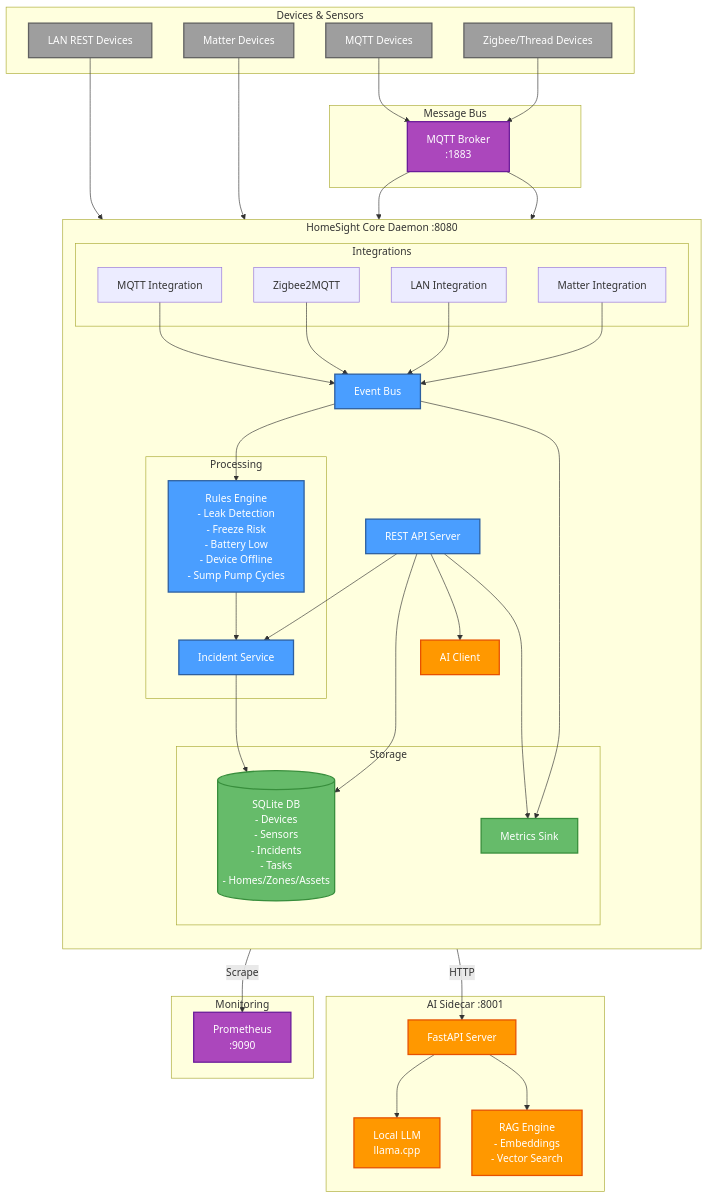
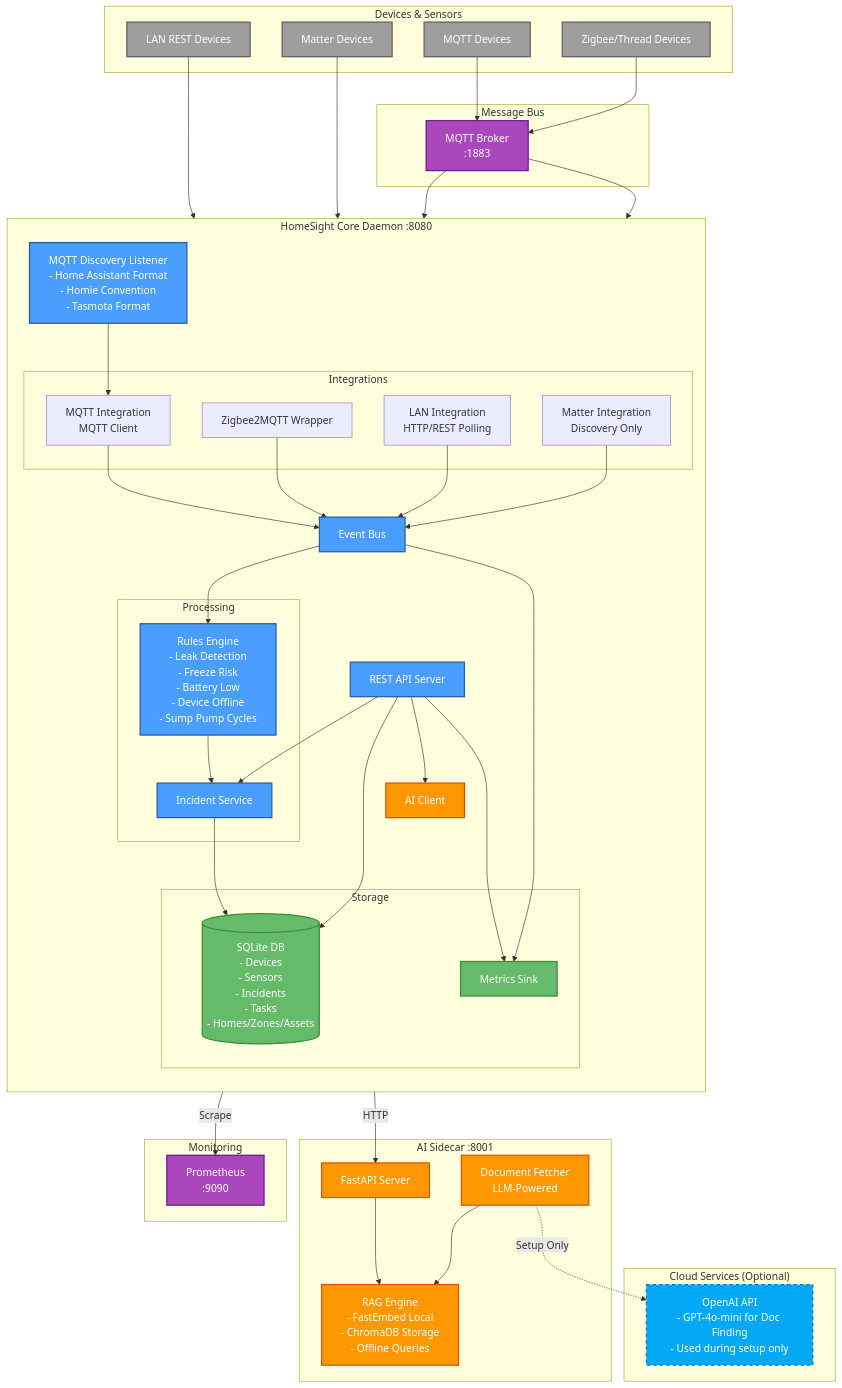
One commit to jbetancur/homesight changed the diagram in README.md. Above: the diagram before and after it, drawn with Mermaid. The commit also changed other lines of this file and 31 other files, not shown here.

Commit message:
remove mqtt server | add auto discovery

````diff
--- a/README.md
+++ b/README.md
@@ -204,12 +280,13 @@
         direction TB
         API[REST API Server]
         EVENTS[Event Bus]
+        DISCOVERY[MQTT Discovery Listener<br/>- Home Assistant Format<br/>- Homie Convention<br/>- Tasmota Format]
         
         subgraph "Integrations"
-            INT_MQTT[MQTT Integration]
-            INT_ZIGBEE[Zigbee2MQTT]
-            INT_LAN[LAN Integration]
-            INT_MATTER[Matter Integration]
+            INT_MQTT[MQTT Integration<br/>MQTT Client]
+            INT_ZIGBEE[Zigbee2MQTT Wrapper]
+            INT_LAN[LAN Integration<br/>HTTP/REST Polling]
+            INT_MATTER[Matter Integration<br/>Discovery Only]
         end
         
         subgraph "Processing"
@@ -227,8 +304,12 @@
 
     subgraph "AI Sidecar :8001"
         AI_API[FastAPI Server]
-        LLM[Local LLM<br/>llama.cpp]
-        RAG[RAG Engine<br/>- Embeddings<br/>- Vector Search]
+        DOC_FETCH[Document Fetcher<br/>LLM-Powered]
+        RAG[RAG Engine<br/>- FastEmbed Local<br/>- ChromaDB Storage<br/>- Offline Queries]
+    end
+    
+    subgraph "Cloud Services (Optional)"
+        OPENAI[OpenAI API<br/>- GPT-4o-mini for Doc Finding<br/>- Used during setup only]
     end
 
     subgraph "Monitoring"
@@ -244,6 +325,7 @@
     %% Integration connections
     MOSQUITTO --> INT_MQTT
     MOSQUITTO --> INT_ZIGBEE
+    DISCOVERY --> INT_MQTT
     INT_MQTT --> EVENTS
     INT_ZIGBEE --> EVENTS
     INT_LAN --> EVENTS
@@ -263,8 +345,9 @@
     
     %% AI connections
     AI_CLIENT -->|HTTP| AI_API
-    AI_API --> LLM
     AI_API --> RAG
+    DOC_FETCH -.->|Setup Only| OPENAI
+    DOC_FETCH --> RAG
     
     %% Metrics
     METRICS -->|Scrape| PROM
@@ -275,10 +358,12 @@
     classDef ai fill:#ff9800,stroke:#e65100,stroke-width:2px,color:#fff
     classDef device fill:#9e9e9e,stroke:#616161,stroke-width:2px,color:#fff
     classDef bus fill:#ab47bc,stroke:#6a1b9a,stroke-width:2px,color:#fff
+    classDef cloud fill:#03a9f4,stroke:#0277bd,stroke-width:2px,stroke-dasharray: 5 5,color:#fff
     
-    class API,EVENTS,RULES,INCIDENTS core
+    class API,EVENTS,RULES,INCIDENTS,DISCOVERY core
     class DB,METRICS storage
-    class AI_API,LLM,RAG,AI_CLIENT ai
+    class AI_API,RAG,DOC_FETCH,AI_CLIENT ai
     class MQTT_DEV,ZIGBEE,LAN_DEV,MATTER device
     class MOSQUITTO,PROM bus
+    class OPENAI cloud
 ```
````
